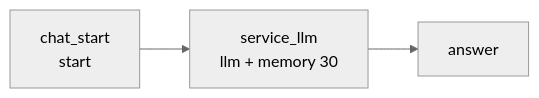
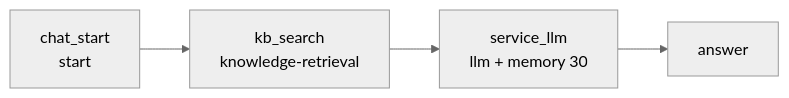
The diagram in docs/plans/2026-08-27-b2b-ecommerce-rag-service.md (qq847680004/dify-demo1), drawn with Mermaid (neutral theme) before and after one commit. The commit also changed other lines of this file and 2 other files, not shown here.

Commit message:
恢复知识检索并按官方方式接入 LLM 上下文，以便显示引用来源。

````diff
--- a/docs/plans/2026-08-27-b2b-ecommerce-rag-service.md
+++ b/docs/plans/2026-08-27-b2b-ecommerce-rag-service.md
@@ -38,7 +38,9 @@
 ```mermaid
 flowchart LR
   chat_start["chat_start
-start"] --> service_llm["service_llm
+start"] --> kb_search["kb_search
+knowledge-retrieval"]
+  kb_search --> service_llm["service_llm
 llm + memory 30"]
   service_llm --> answer["answer"]
 ```
````
